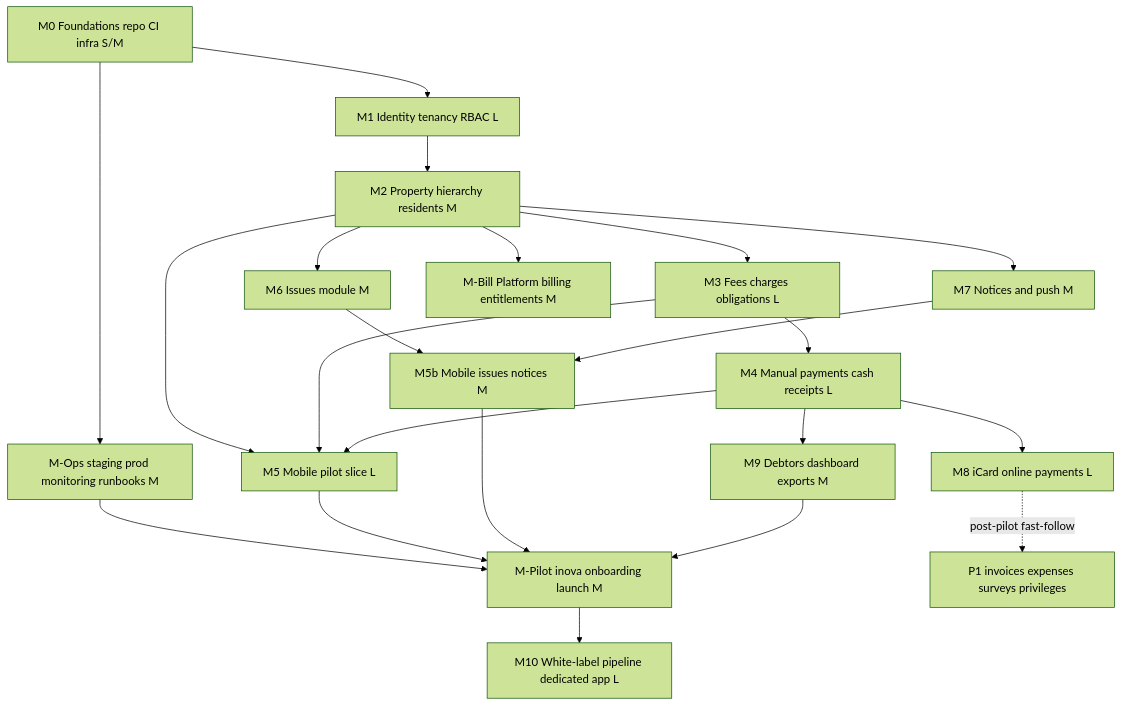
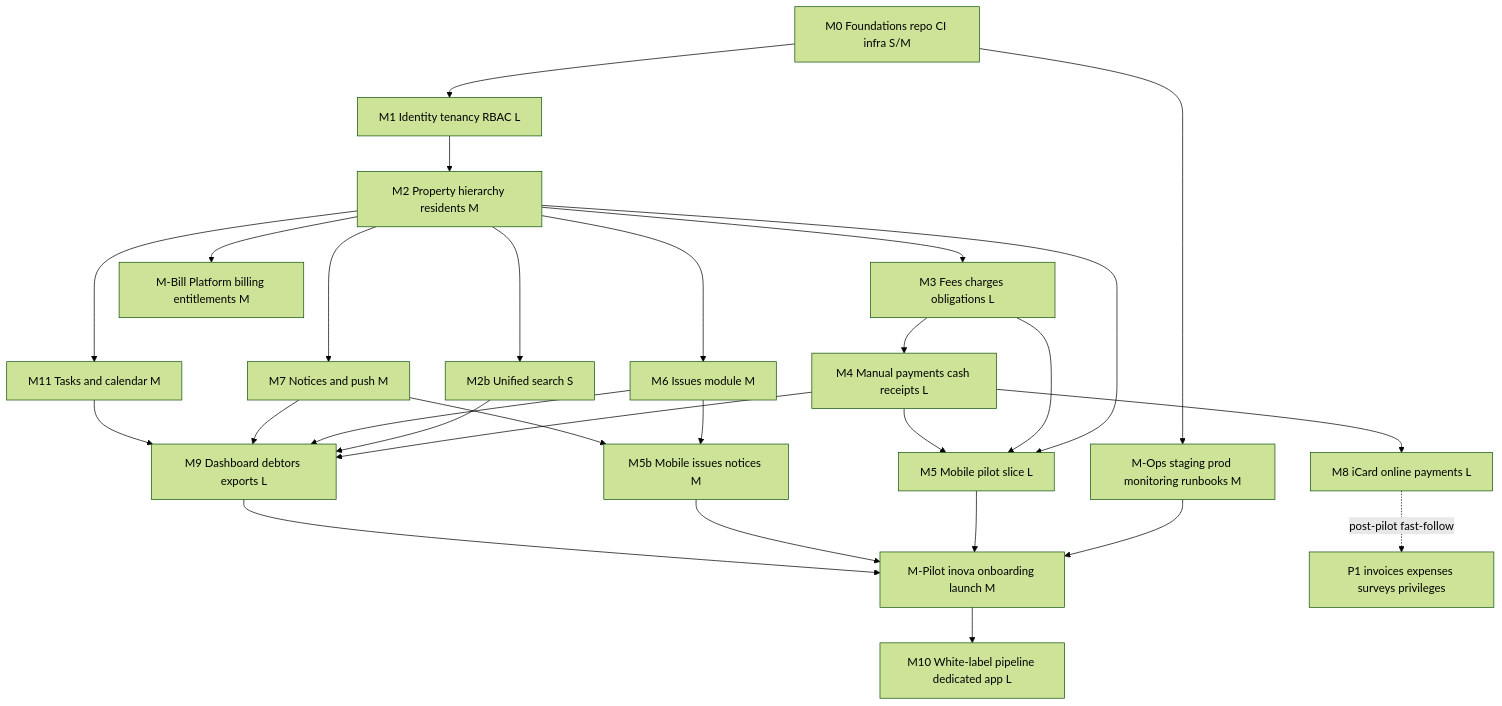
One commit to bsdimer/inova changed the diagram in docs/implementation-plan.md. Above: the diagram before and after it, drawn with Mermaid (forest theme). The commit also changed other lines of this file and 38 other files, not shown here.

````diff
--- a/docs/implementation-plan.md
+++ b/docs/implementation-plan.md
@@ -507,24 +97,30 @@
 ```mermaid
 flowchart TD
   M0[M0 Foundations repo CI infra S/M] --> M1[M1 Identity tenancy RBAC L]
   M1 --> M2[M2 Property hierarchy residents M]
   M2 --> M3[M3 Fees charges obligations L]
   M3 --> M4[M4 Manual payments cash receipts L]
   M2 --> M5[M5 Mobile pilot slice L]
   M3 --> M5
   M4 --> M5
+  M2 --> M2b[M2b Unified search S]
   M2 --> M6[M6 Issues module M]
   M2 --> M7[M7 Notices and push M]
+  M2 --> M11[M11 Tasks and calendar M]
   M6 --> M5b[M5b Mobile issues notices M]
   M7 --> M5b
-  M4 --> M9[M9 Debtors dashboard exports M]
+  M4 --> M9[M9 Dashboard debtors exports L]
+  M2b --> M9
+  M6 --> M9
+  M7 --> M9
+  M11 --> M9
   M4 --> M8[M8 iCard online payments L]
   M2 --> MBill[M-Bill Platform billing entitlements M]
   M0 --> MOps[M-Ops staging prod monitoring runbooks M]
   MOps --> MPilot[M-Pilot inova onboarding launch M]
   M5 --> MPilot
   M5b --> MPilot
   M9 --> MPilot
   M8 -.post-pilot fast-follow.-> P1a[P1 invoices expenses surveys privileges]
   MPilot --> M10[M10 White-label pipeline dedicated app L]
 ```
````
